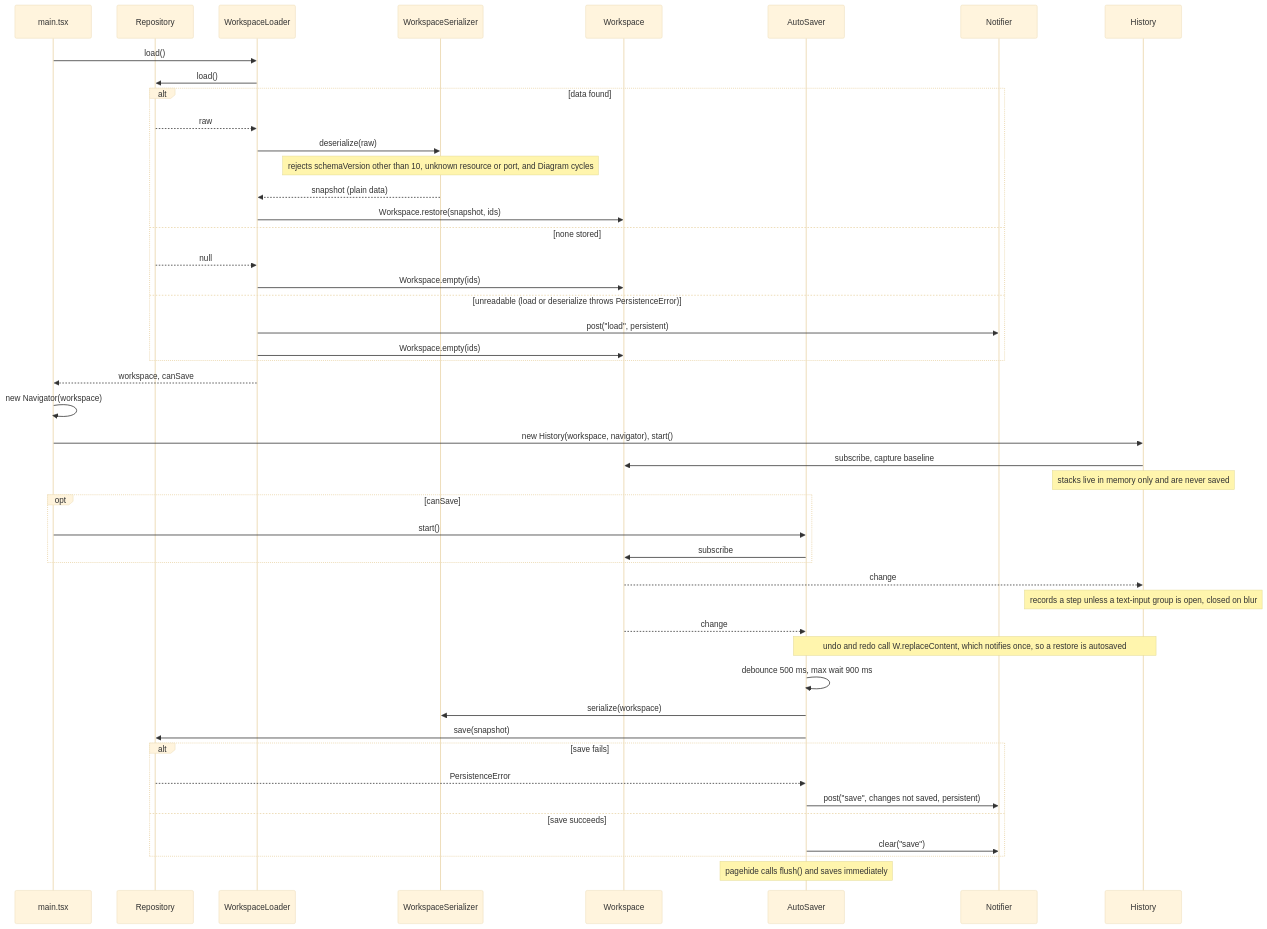
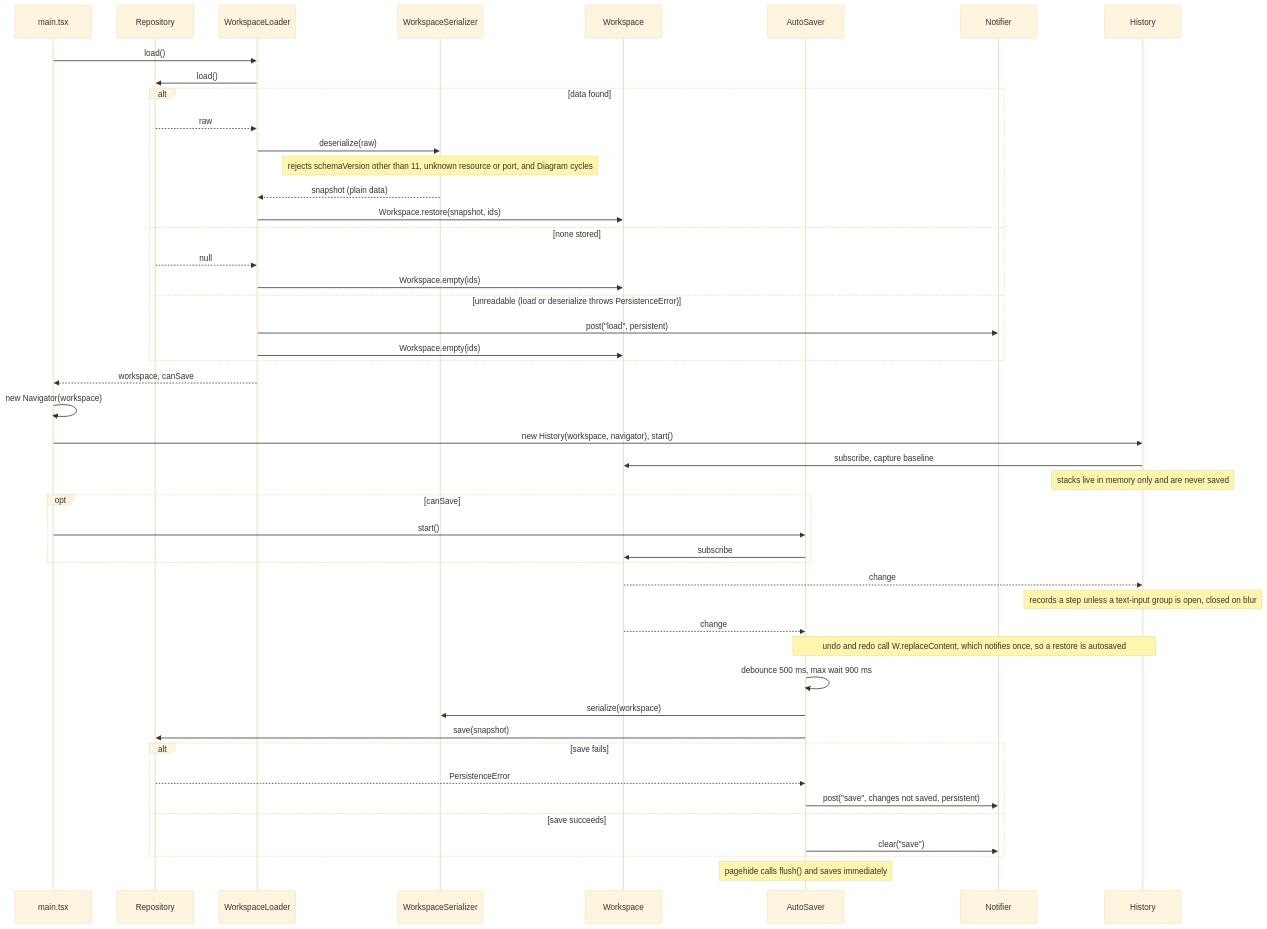
The diagram in docs/diagrams/startup-and-save.mmd (tylercoz/flow), drawn with Mermaid (base theme) before and after one commit. The commit also changed 21 other files, not shown here.

```diff
--- a/docs/diagrams/startup-and-save.mmd
+++ b/docs/diagrams/startup-and-save.mmd
@@ -1,47 +1,47 @@
 sequenceDiagram
     participant M as main.tsx
     participant R as Repository
     participant L as WorkspaceLoader
     participant S as WorkspaceSerializer
     participant W as Workspace
     participant A as AutoSaver
     participant N as Notifier
     participant H as History
     M->>L: load()
     L->>R: load()
     alt data found
         R-->>L: raw
         L->>S: deserialize(raw)
-        Note over S: rejects schemaVersion other than 10, unknown resource or port, and Diagram cycles
+        Note over S: rejects schemaVersion other than 11, unknown resource or port, and Diagram cycles
         S-->>L: snapshot (plain data)
         L->>W: Workspace.restore(snapshot, ids)
     else none stored
         R-->>L: null
         L->>W: Workspace.empty(ids)
     else unreadable (load or deserialize throws PersistenceError)
         L->>N: post("load", persistent)
         L->>W: Workspace.empty(ids)
     end
     L-->>M: workspace, canSave
     M->>M: new Navigator(workspace)
     M->>H: new History(workspace, navigator), start()
     H->>W: subscribe, capture baseline
     Note over H: stacks live in memory only and are never saved
     opt canSave
         M->>A: start()
         A->>W: subscribe
     end
     W-->>H: change
     Note over H: records a step unless a text-input group is open, closed on blur
     W-->>A: change
     Note over H,A: undo and redo call W.replaceContent, which notifies once, so a restore is autosaved
     A->>A: debounce 500 ms, max wait 900 ms
     A->>S: serialize(workspace)
     A->>R: save(snapshot)
     alt save fails
         R-->>A: PersistenceError
         A->>N: post("save", changes not saved, persistent)
     else save succeeds
         A->>N: clear("save")
     end
     Note over A: pagehide calls flush() and saves immediately
```
